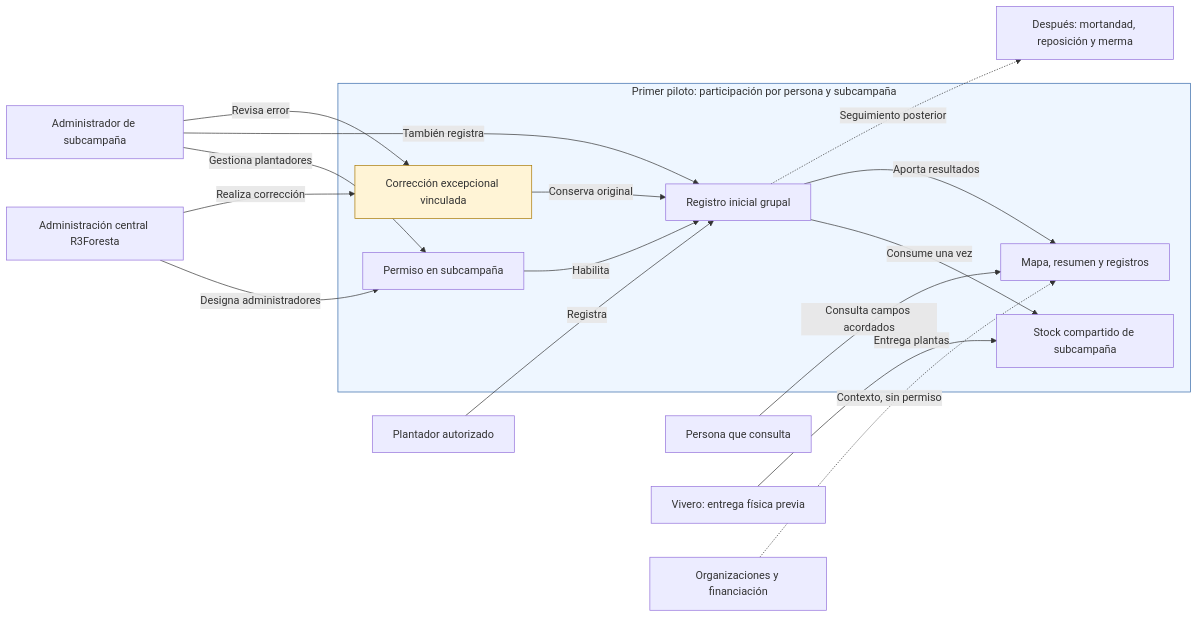
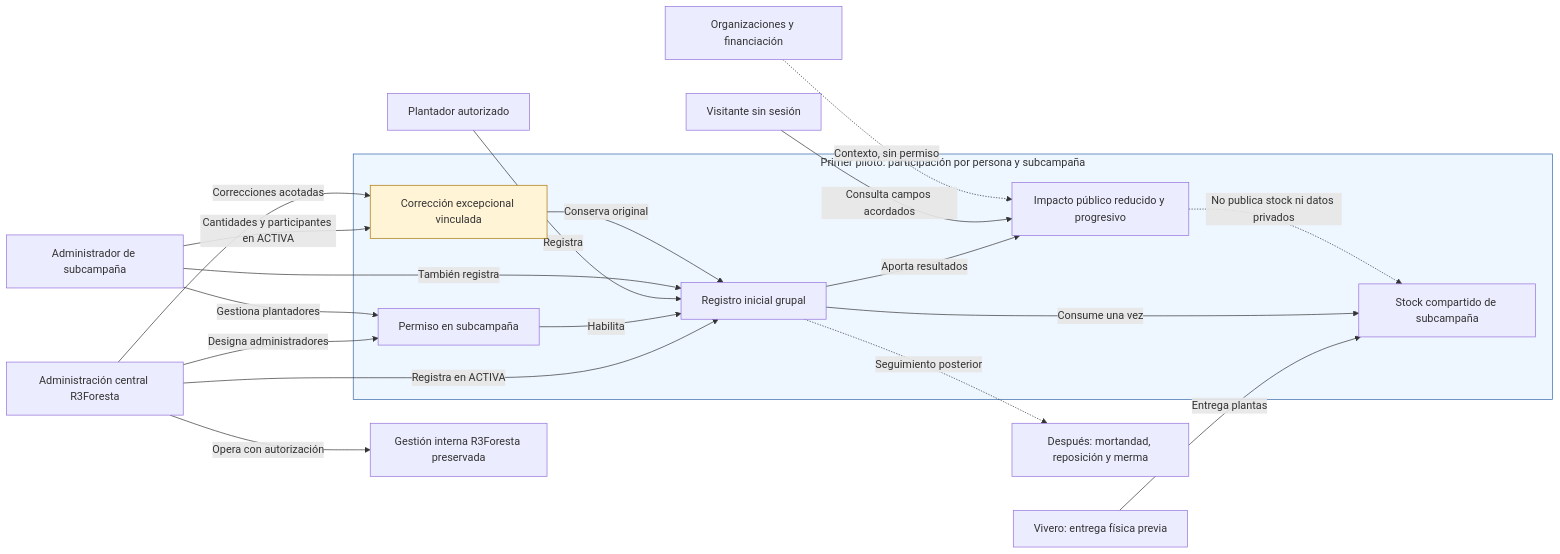
The diagram in specs/plantacion/participacion-aliada/diagramas/PA-D01-contexto-limite.mmd (R3foresta/r3foresta-docs), drawn with Mermaid before and after one commit. The commit also changed 44 other files, not shown here.

```diff
--- a/specs/plantacion/participacion-aliada/diagramas/PA-D01-contexto-limite.mmd
+++ b/specs/plantacion/participacion-aliada/diagramas/PA-D01-contexto-limite.mmd
@@ -1,33 +1,37 @@
 flowchart LR
   r3["Administración central R3Foresta"]
   admin["Administrador de subcampaña"]
   plant["Plantador autorizado"]
-  reader["Persona que consulta"]
+  reader["Visitante sin sesión"]
+  internal["Gestión interna R3Foresta preservada"]
   nursery["Vivero: entrega física previa"]
   organizations["Organizaciones y financiación"]
 
   subgraph scope ["Primer piloto: participación por persona y subcampaña"]
     access["Permiso en subcampaña"]
     stock["Stock compartido de subcampaña"]
     registration["Registro inicial grupal"]
-    consultation["Mapa, resumen y registros"]
+    consultation["Impacto público reducido y progresivo"]
     correction["Corrección excepcional vinculada"]
   end
 
   later["Después: mortandad, reposición y merma"]
   r3 -->|"Designa administradores"| access
+  r3 -->|"Opera con autorización"| internal
+  r3 -->|"Registra en ACTIVA"| registration
   admin -->|"Gestiona plantadores"| access
   access -->|"Habilita"| registration
   plant -->|"Registra"| registration
   admin -->|"También registra"| registration
   nursery -->|"Entrega plantas"| stock
   registration -->|"Consume una vez"| stock
   registration -->|"Aporta resultados"| consultation
   reader -->|"Consulta campos acordados"| consultation
-  admin -->|"Revisa error"| correction
-  r3 -->|"Realiza corrección"| correction
+  admin -->|"Cantidades y participantes en ACTIVA"| correction
+  r3 -->|"Correcciones acotadas"| correction
   correction -->|"Conserva original"| registration
   organizations -.->|"Contexto, sin permiso"| consultation
   registration -.->|"Seguimiento posterior"| later
+  consultation -.->|"No publica stock ni datos privados"| stock
   style scope fill:#EEF6FF,stroke:#3267A8
   style correction fill:#FFF4D6,stroke:#A87700
```
